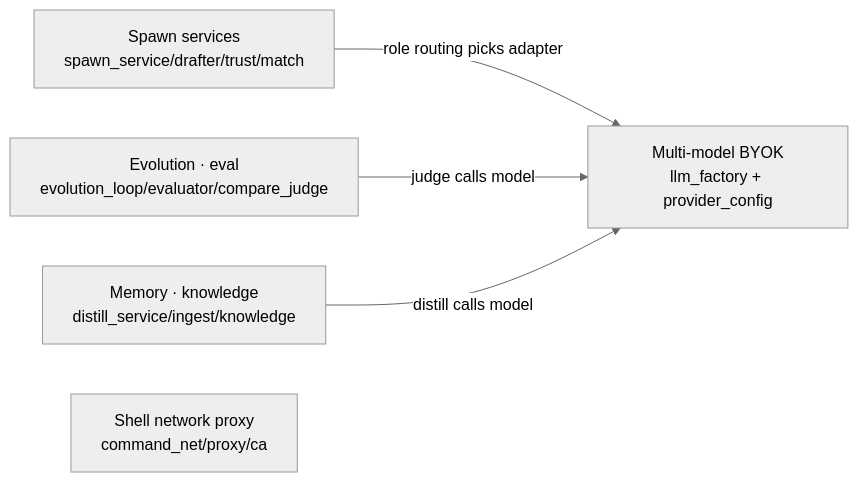
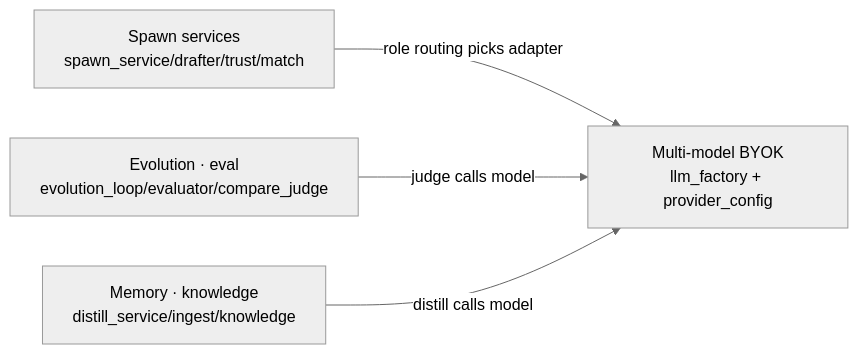
The sixth of 6 diagrams in docs/ARCHITECTURE.md (mirzatghayrat/arslan), drawn with Mermaid (neutral theme) before and after one commit. The commit also changed other lines of this file and 2 other files, not shown here.

First line of the commit message:
docs (#298a): stop claiming a credential proxy; the command layers in the audit's words

````diff
--- a/docs/ARCHITECTURE.md
+++ b/docs/ARCHITECTURE.md
@@ -200,12 +189,11 @@
 ```mermaid
 graph LR
     llm-factory["Multi-model BYOK<br/>llm_factory + provider_config"]
     spawn-svc["Spawn services<br/>spawn_service/drafter/trust/match"]
     eval-evolution["Evolution · eval<br/>evolution_loop/evaluator/compare_judge"]
     memory-distill["Memory · knowledge<br/>distill_service/ingest/knowledge"]
-    shell-net["Shell network proxy<br/>command_net/proxy/ca"]
 
     spawn-svc -->|"role routing picks adapter"| llm-factory
     eval-evolution -->|"judge calls model"| llm-factory
     memory-distill -->|"distill calls model"| llm-factory
 ```
````
